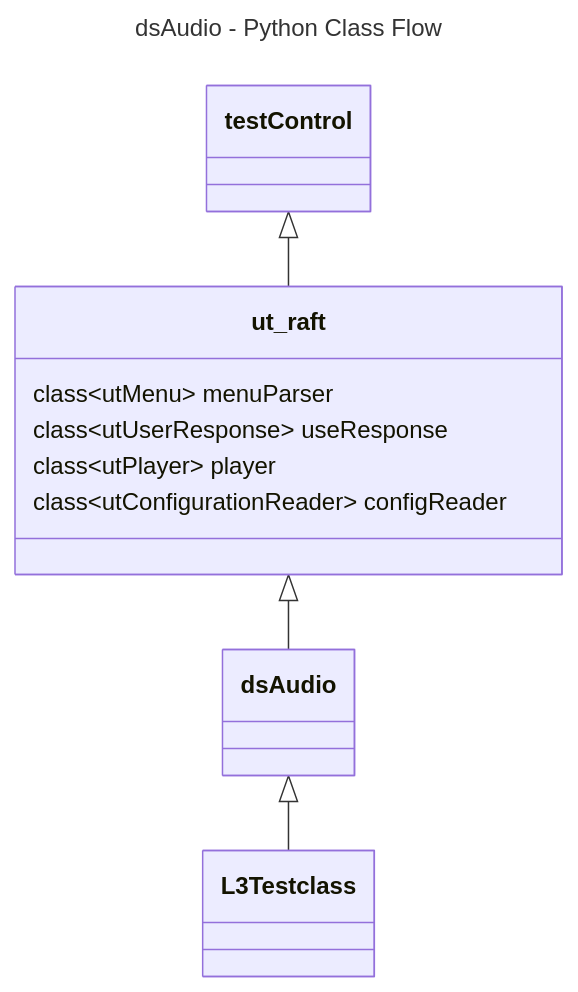
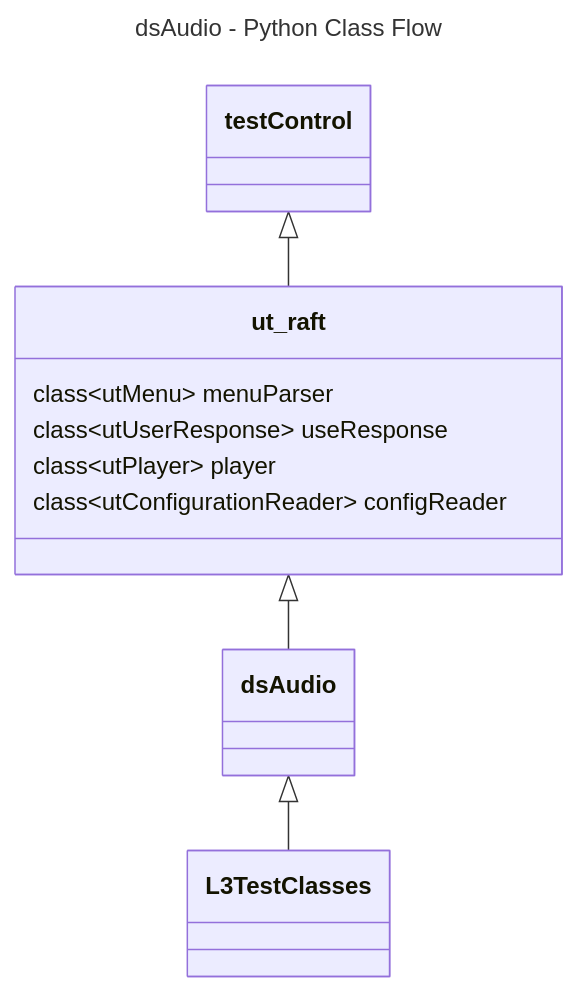
One commit to rdkcentral/rdk-halif-test-device_settings changed the diagram in docs/pages/ds-audio_L3_Python_TestSpecification.md. Above: the diagram before and after it, drawn with Mermaid. The commit also changed other lines of this file, not shown here.

First line of the commit message:
gh #101 dsAudio: L3 Low level Test specification and procedure document

````diff
--- a/docs/pages/ds-audio_L3_Python_TestSpecification.md
+++ b/docs/pages/ds-audio_L3_Python_TestSpecification.md
@@ -34,16 +36,16 @@
 ```mermaid
 ---
 title: dsAudio - Python Class Flow
 ---
 classDiagram
     testControl <|-- ut_raft
     class ut_raft{
         class~utMenu~ menuParser
         class~utUserResponse~ useResponse
         class~utPlayer~ player
         class~utConfigurationReader~ configReader
-    } 
+    }
     ut_raft <|-- dsAudio
-    dsAudio <|-- L3Testclass
+    dsAudio <|-- L3TestClasses
 
 ```
````
